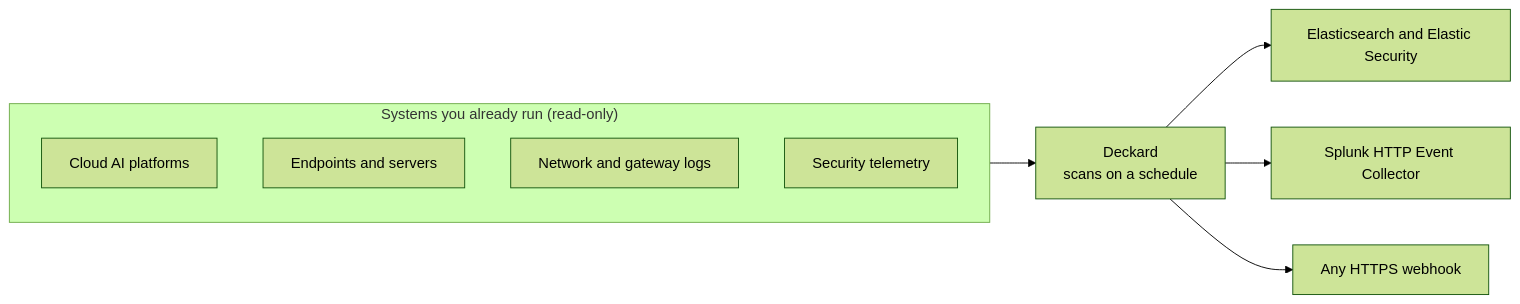
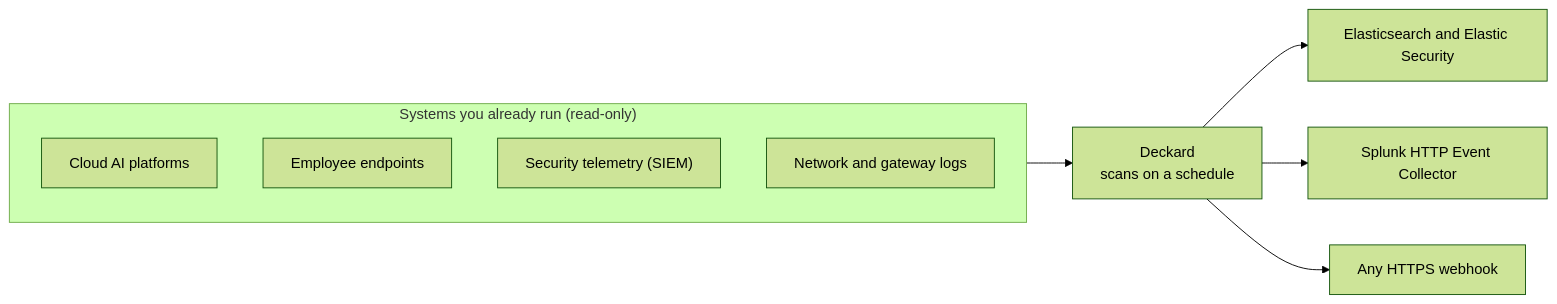
Before and after one commit to arthur-ai/deckard: the diagram in docs/how-it-works.md, drawn with Mermaid (forest theme). The commit also changed other lines of this file and 1 other file, not shown here.

````diff
--- a/docs/how-it-works.md
+++ b/docs/how-it-works.md
@@ -20,14 +20,14 @@
 ```mermaid
 flowchart LR
   subgraph Classes["Systems you already run (read-only)"]
     direction TB
     C["Cloud AI platforms"]
-    E["Endpoints and servers"]
+    E["Employee endpoints"]
+    S["Security telemetry (SIEM)"]
     N["Network and gateway logs"]
-    S["Security telemetry"]
   end
   Classes --> D["Deckard<br/>scans on a schedule"]
   D --> L["Elasticsearch and Elastic Security"]
   D --> H["Splunk HTTP Event Collector"]
   D --> W["Any HTTPS webhook"]
 ```
````
